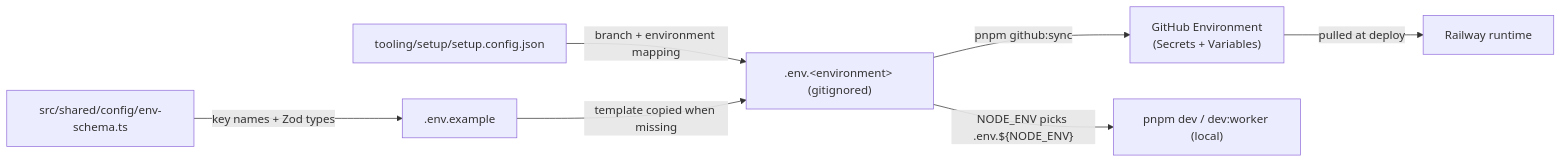
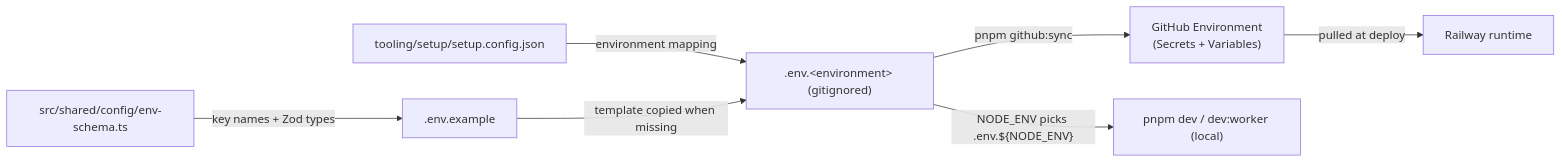
The first of 2 diagrams in docs/deployment/runbooks/environment-variables.md (nikunjmavani/core-be), drawn with Mermaid before and after one commit. The commit also changed 10 other files, not shown here.

First line of the commit message:
refactor(setup): drop per-environment branch; source trunk from git.defaultBranch (#881)

````diff
--- a/docs/deployment/runbooks/environment-variables.md
+++ b/docs/deployment/runbooks/environment-variables.md
@@ -77,9 +77,9 @@
 ```mermaid
 flowchart LR
   S[src/shared/config/env-schema.ts] -- "key names + Zod types" --> T[.env.example]
-  Cfg["tooling/setup/setup.config.json"] -- "branch + environment mapping" --> D[".env.&lt;environment&gt; (gitignored)"]
+  Cfg["tooling/setup/setup.config.json"] -- "environment mapping" --> D[".env.&lt;environment&gt; (gitignored)"]
   T -- "template copied when missing" --> D
   D -- pnpm github:sync --> G["GitHub Environment\n(Secrets + Variables)"]
   G -- pulled at deploy --> R[Railway runtime]
   D -- "NODE_ENV picks .env.${NODE_ENV}" --> L["pnpm dev / dev:worker (local)"]
 ```
````
